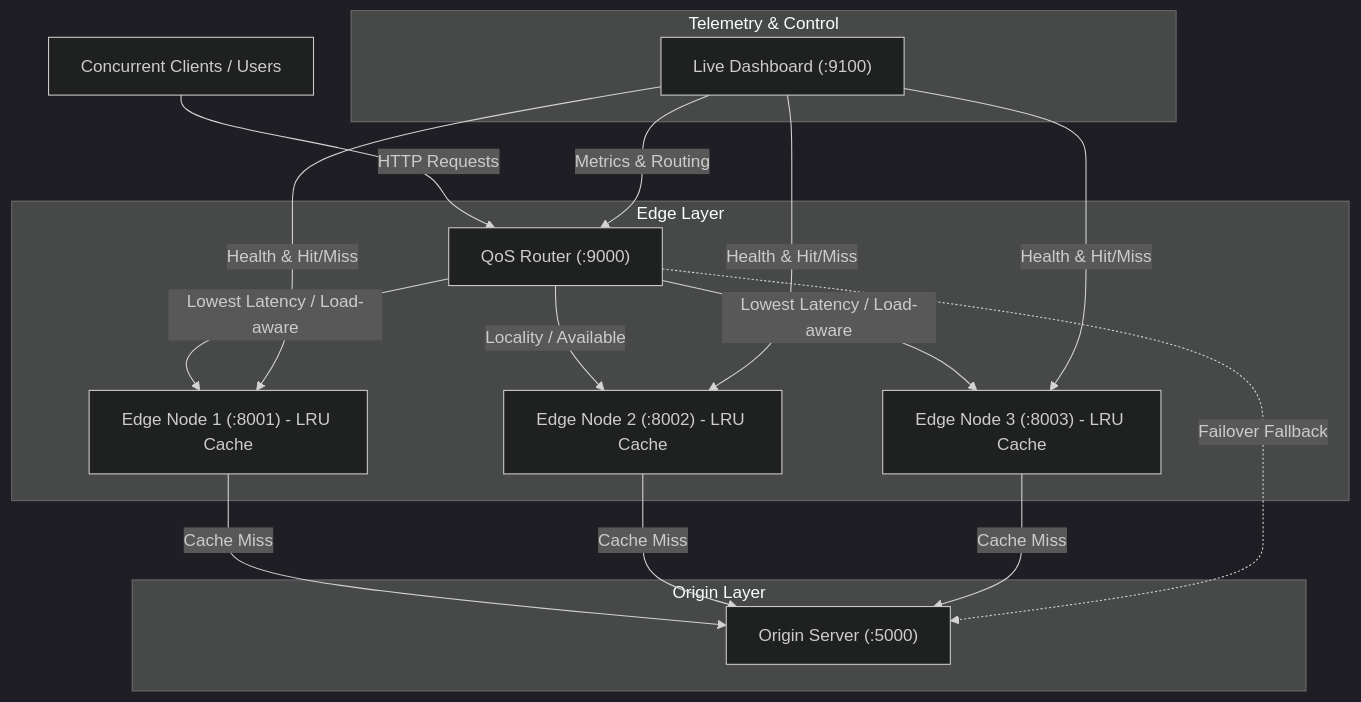
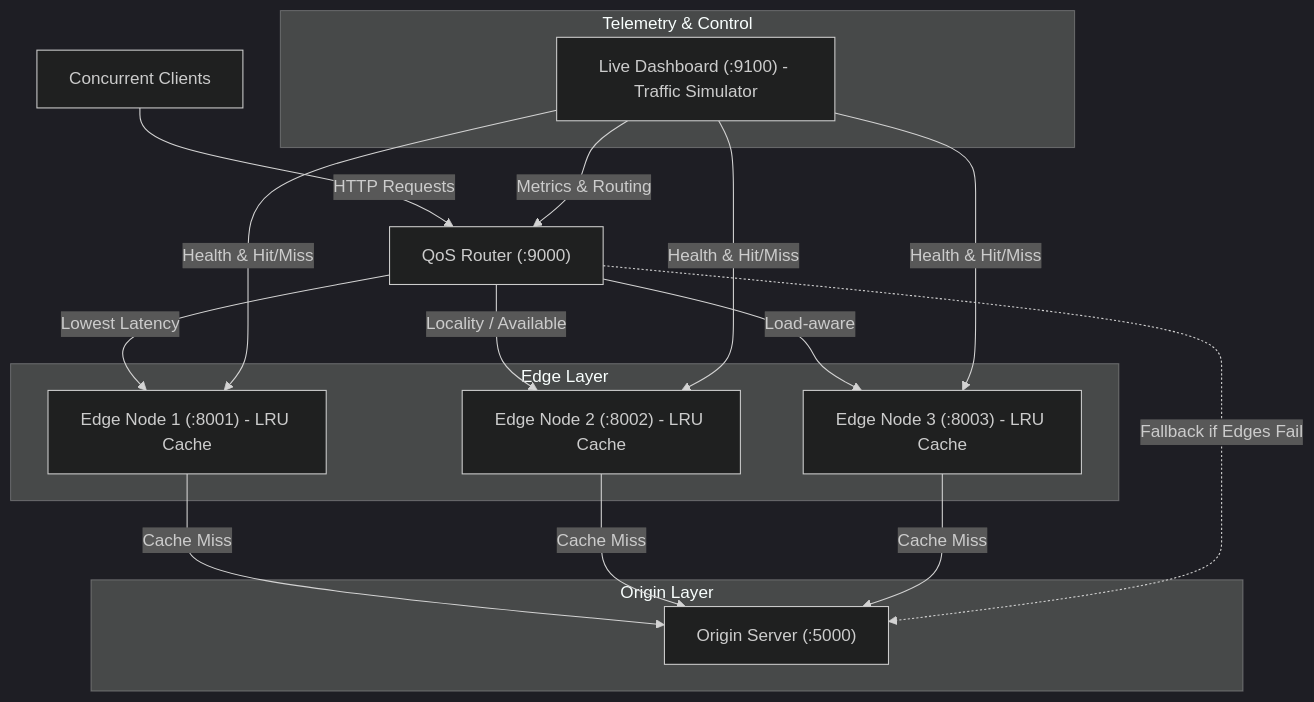
Before and after one commit to pradyumna0222/edge-cdn-qos: the diagram in README.md, drawn with Mermaid (dark theme). The commit also changed other lines of this file, not shown here.

Commit message:
docs: update flowchart syntax and add team members

````diff
--- a/README.md
+++ b/README.md
@@ -9,24 +9,32 @@
 ```mermaid
-graph TD
-    Client["Concurrent Clients / Users"] -->|"HTTP Requests"| Router["QoS Router (:9000)"]
+flowchart TD
+    Client["Concurrent Clients"] -->|HTTP Requests| Router["QoS Router (:9000)"]
 
     subgraph EdgeLayer ["Edge Layer"]
-        Router -->|"Lowest Latency / Load-aware"| Edge1["Edge Node 1 (:8001) - LRU Cache"]
-        Router -->|"Locality / Available"| Edge2["Edge Node 2 (:8002) - LRU Cache"]
-        Router -->|"Lowest Latency / Load-aware"| Edge3["Edge Node 3 (:8003) - LRU Cache"]
+        Edge1["Edge Node 1 (:8001) - LRU Cache"]
+        Edge2["Edge Node 2 (:8002) - LRU Cache"]
+        Edge3["Edge Node 3 (:8003) - LRU Cache"]
     end
 
     subgraph OriginLayer ["Origin Layer"]
-        Edge1 -->|"Cache Miss"| Origin["Origin Server (:5000)"]
-        Edge2 -->|"Cache Miss"| Origin
-        Edge3 -->|"Cache Miss"| Origin
-        Router -.->|"Failover Fallback"| Origin
+        Origin["Origin Server (:5000)"]
     end
 
     subgraph TelemetryLayer ["Telemetry & Control"]
-        Dashboard["Live Dashboard (:9100)"] -->|"Metrics & Routing"| Router
-        Dashboard -->|"Health & Hit/Miss"| Edge1
-        Dashboard -->|"Health & Hit/Miss"| Edge2
-        Dashboard -->|"Health & Hit/Miss"| Edge3
+        Dashboard["Live Dashboard (:9100) - Traffic Simulator"]
     end
+
+    Router -->|Lowest Latency| Edge1
+    Router -->|Locality / Available| Edge2
+    Router -->|Load-aware| Edge3
+
+    Edge1 -->|Cache Miss| Origin
+    Edge2 -->|Cache Miss| Origin
+    Edge3 -->|Cache Miss| Origin
+    Router -.->|Fallback if Edges Fail| Origin
+
+    Dashboard -->|Metrics & Routing| Router
+    Dashboard -->|Health & Hit/Miss| Edge1
+    Dashboard -->|Health & Hit/Miss| Edge2
+    Dashboard -->|Health & Hit/Miss| Edge3
 ```
````
